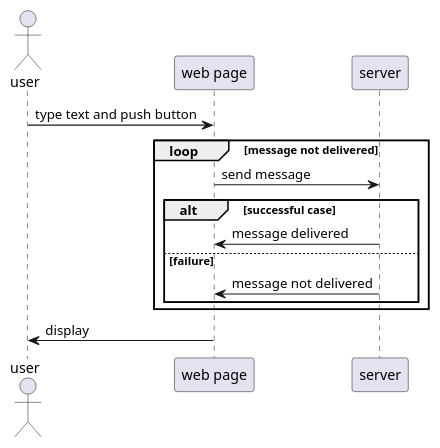
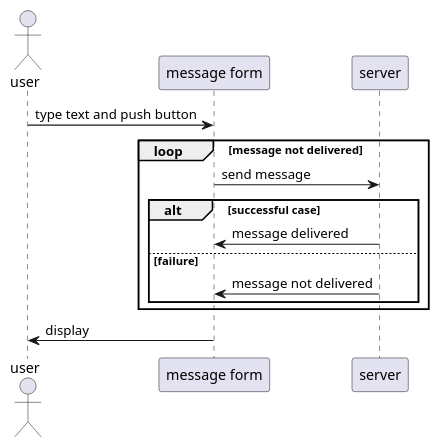
Before and after one commit to Pahoomich/nwchat: the diagram in UML/sequence diagramm/send msg.puml, drawn with PlantUML. The commit also changed 3 other files, not shown here.

```diff
--- a/UML/sequence diagramm/send msg.puml
+++ b/UML/sequence diagramm/send msg.puml
@@ -1,26 +1,26 @@
 @startuml
 '
 '
 ' Use case View
 '
 '
 
 actor user
 
-participant "web page" as wp
+participant "message form" as wp
 participant server as s
 
 
 user -> wp : type text and push button
 loop message not delivered
     wp -> s : send message
     alt successful case
         wp <- s : message delivered
     else failure
         wp <- s : message not delivered
 
     end
 end
 user <- wp : display
 
 @enduml
```
